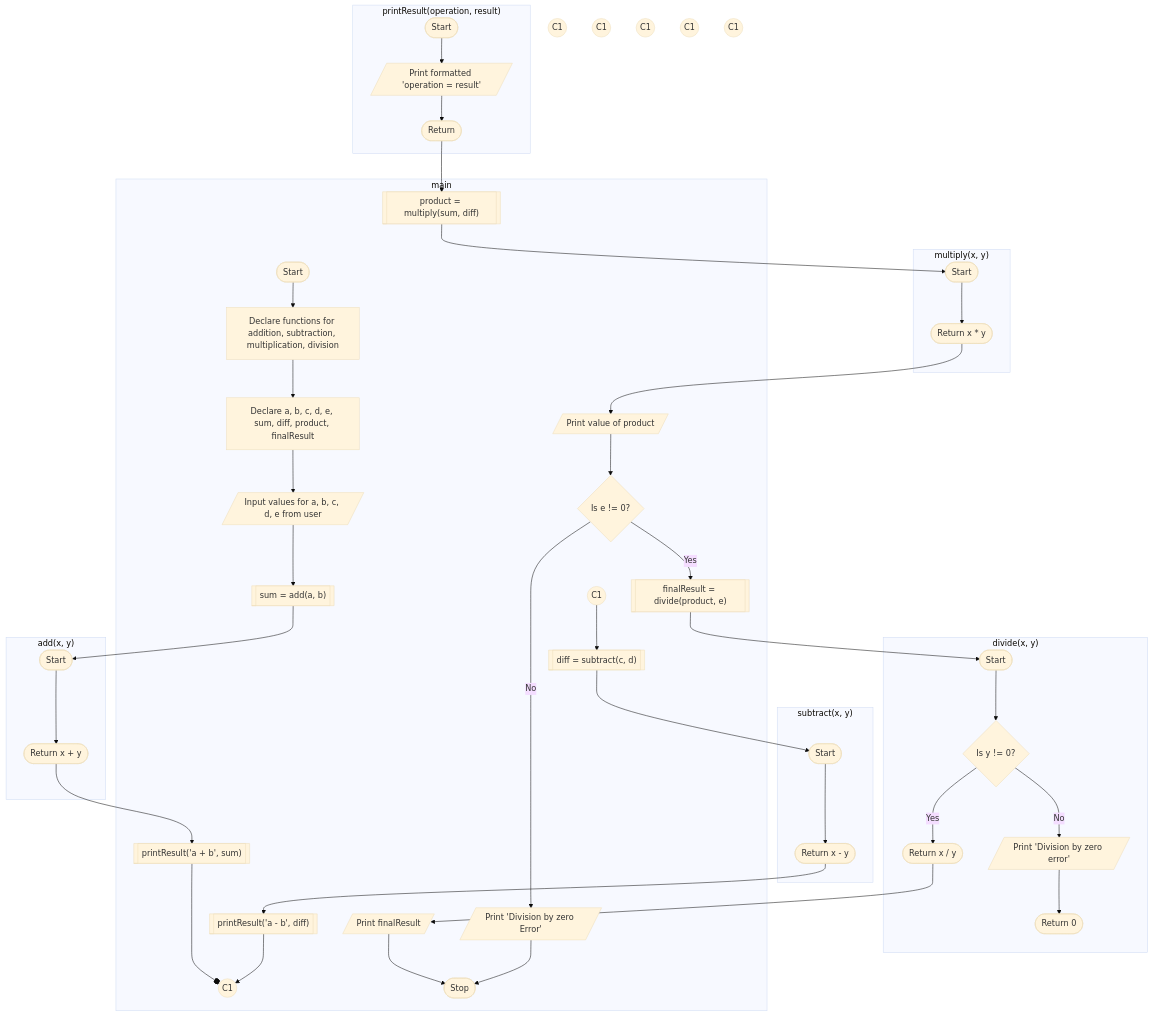
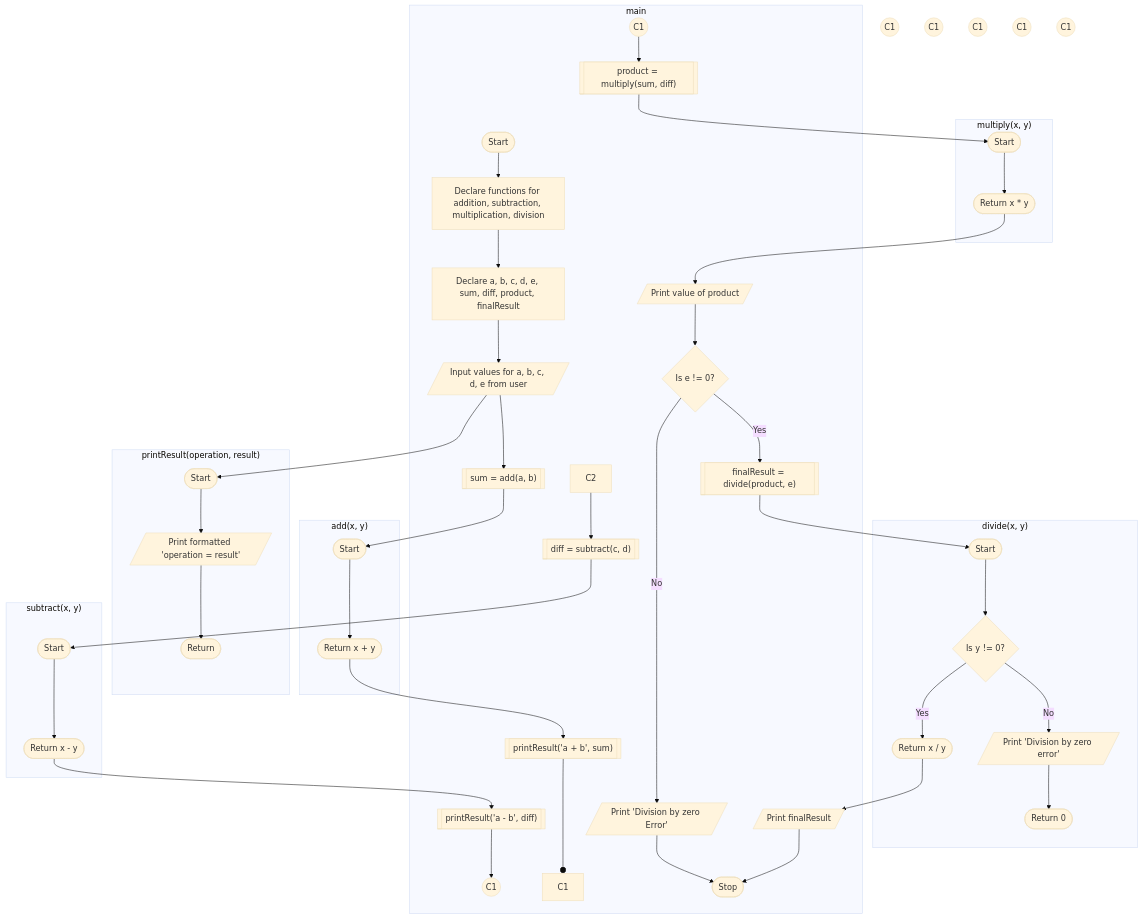
The diagram in PR/P7 - Functions.md (Vinit-source/Programming-for-problem-solving), drawn with Mermaid (base theme) before and after one commit. The commit also changed other lines of this file, not shown here.

Commit message:
PR/P7 - Functions.md updated from https://stackedit.io/

````diff
--- a/PR/P7 - Functions.md
+++ b/PR/P7 - Functions.md
@@ -20,64 +20,66 @@
 ```mermaid
 graph TD;
 
 subgraph "add(x, y)" 
 	addStart([Start]);
 	B1([Return x + y]);
 	addStart --> B1;
 end
 subgraph "subtract(x, y)"
 	subStart([Start]);
 	B2([Return x - y]);
 	subStart --> B2;
 end
 subgraph "multiply(x, y)"
 	mulStart([Start]);
 	B3([Return x * y]);
 	mulStart --> B3;
 end
 subgraph "divide(x, y)"
 	divStart([Start]);
 	J{Is y != 0?};
     J -- Yes --> K([Return x / y]);
     J -- No --> M[/Print 'Division by zero error'/];
     divStart --> J;
     M --> MR([Return 0]);
 end
 subgraph "printResult(operation, result)"
 	printStart([Start]);
 	P[/Print formatted 'operation = result'/];
 	R([Return]);
 	printStart --> P;
 	P --> R;
 end
-C1((C1));
-C2((C1));
+CAS((C1));
+CA((C1));
 C3((C1));
 C4((C1));
 C5((C1));
 C6((C1));
 C7((C1));
+C --> printStart;
+
 subgraph main
     A([Start]) --> B[Declare functions for addition, subtraction, multiplication, division];
     B --> BB[Declare a, b, c, d, e, sum, diff, product, finalResult];
     BB --> C[/Input values for a, b, c, d, e from user/];
 	C --> CB[["sum = add(a, b)"]];
 	CB --> addStart;
 	B1 --> E[["printResult('a + b', sum)"]];
     E ---o C1;
     C2 --> F[["diff = subtract(c, d)"]];
     F --> subStart;
     B2 --> G[["printResult('a - b', diff)"]];
-    G --> C1;
-    R --> H[["product = multiply(sum, diff)"]];
+    G --> C3;
+    C4 --> H[["product = multiply(sum, diff)"]];
     H --> mulStart;
     B3 --> I[/Print value of product/];
     I --> DB0{Is e != 0?};
     DB0 -- Yes --> I1[["finalResult = divide(product, e)"]];
     I1 --> divStart;
     K --> L[/Print finalResult/];
     L --> N([Stop]);
     DB0 -- No --> N0[/"Print 'Division by zero Error'"/];
     N0 --> N
    end
 ```
````
